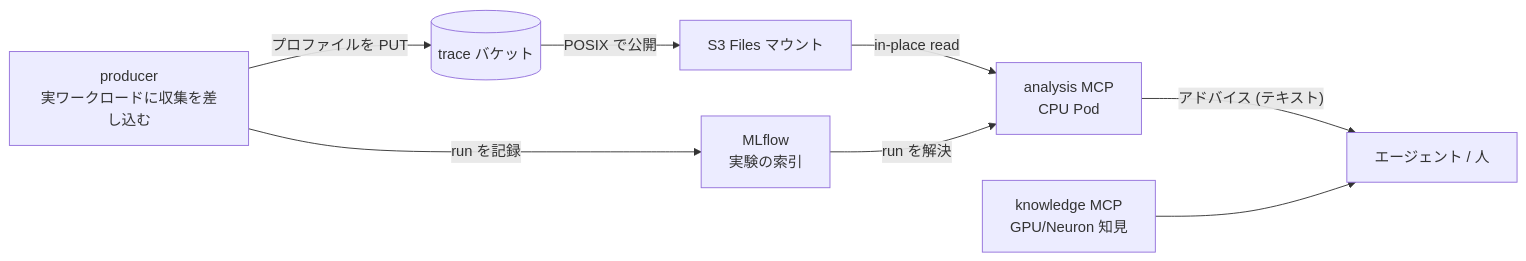
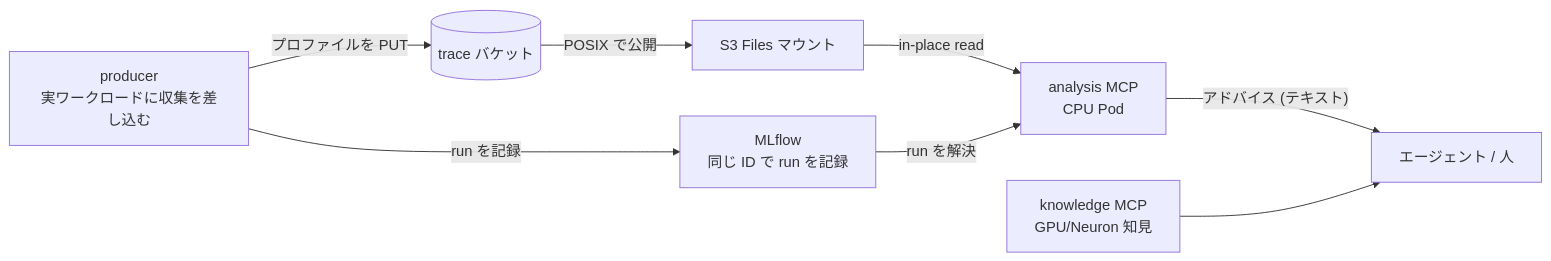
Before and after one commit to littlemex/zenn: the diagram in articles/8ab01bc40f627a.md, drawn with Mermaid. The commit also changed other lines of this file and 3 other files, not shown here.

````diff
--- a/articles/8ab01bc40f627a.md
+++ b/articles/8ab01bc40f627a.md
@@ -21,10 +21,10 @@
 ```mermaid
 flowchart LR
     P["producer<br/>実ワークロードに収集を差し込む"] -->|"プロファイルを PUT"| B[("trace バケット")]
-    P -->|"run を記録"| M["MLflow<br/>実験の索引"]
+    P -->|"run を記録"| M["MLflow<br/>同じ ID で run を記録"]
     B -->|"POSIX で公開"| S["S3 Files マウント"]
     S -->|"in-place read"| A["analysis MCP<br/>CPU Pod"]
     M -->|"run を解決"| A
     A -->|"アドバイス (テキスト)"| U["エージェント / 人"]
     K["knowledge MCP<br/>GPU/Neuron 知見"] --> U
 ```
````
